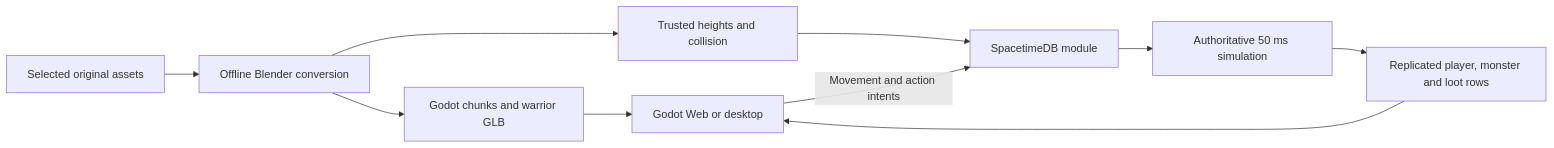
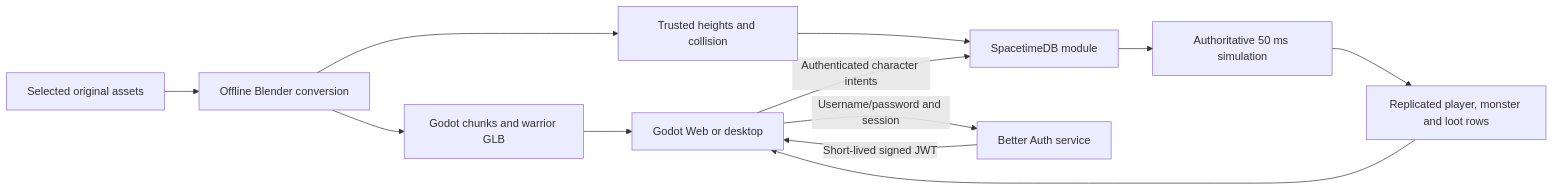
The diagram in docs/architecture.md (kcanakdag/metin2-godotime), drawn with Mermaid before and after one commit. The commit also changed other lines of this file and 92 other files, not shown here.

First line of the commit message:
Add accounts and original character entry flow

````diff
--- a/docs/architecture.md
+++ b/docs/architecture.md
@@ -9,12 +9,14 @@
 ```mermaid
 flowchart LR
     Source[Selected original assets] --> Blender[Offline Blender conversion]
     Blender --> Visuals[Godot chunks and warrior GLB]
     Blender --> Bake[Trusted heights and collision]
     Bake --> Server[SpacetimeDB module]
     Visuals --> Client[Godot Web or desktop]
-    Client -->|Movement and action intents| Server
+    Client -->|Username/password and session| Auth[Better Auth service]
+    Auth -->|Short-lived signed JWT| Client
+    Client -->|Authenticated character intents| Server
     Server --> Tick[Authoritative 50 ms simulation]
     Tick --> Tables[Replicated player, monster and loot rows]
     Tables --> Client
 ```
````
